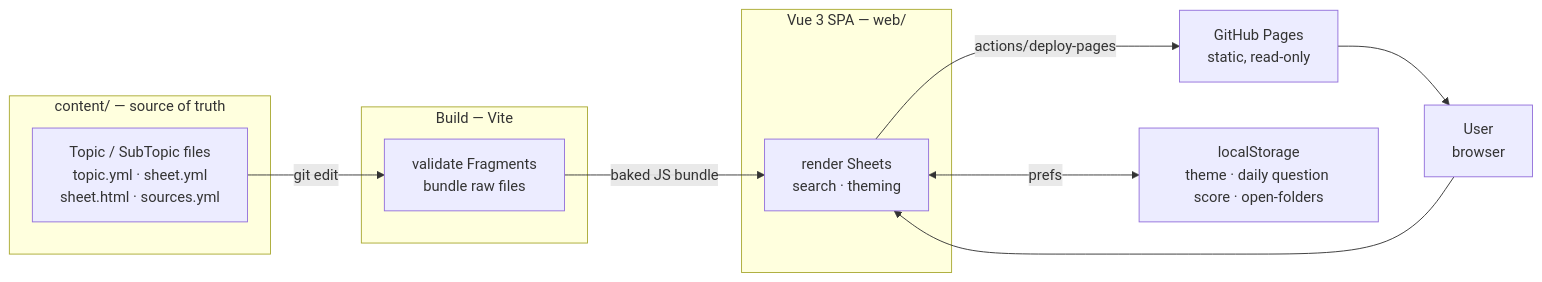
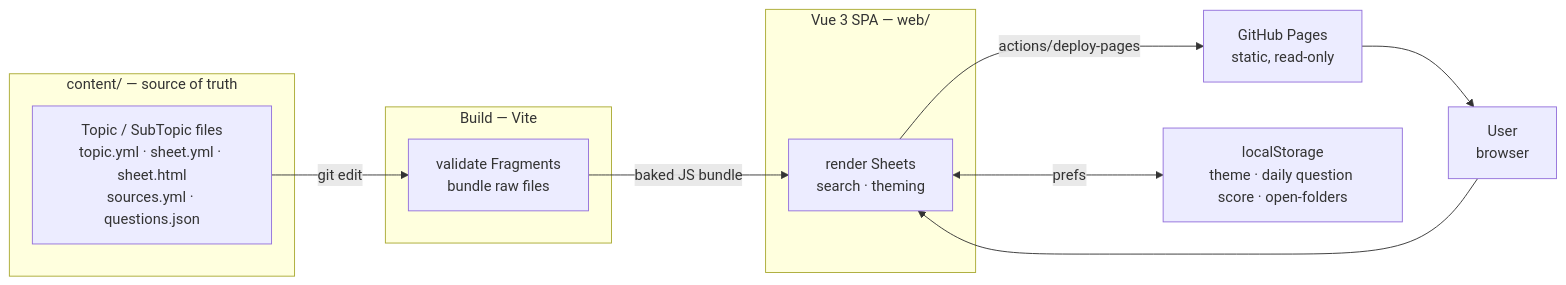
Before and after one commit to Povaz/cheatsheets: the first of 6 diagrams in docs/hldd/hldd.md, drawn with Mermaid. The commit also changed other lines of this file and 22 other files, not shown here.

First line of the commit message:
feat(questions): per-Sheet questions.json — central Bank retired

````diff
--- a/docs/hldd/hldd.md
+++ b/docs/hldd/hldd.md
@@ -36,22 +36,22 @@
 ```mermaid
 flowchart LR
     subgraph authoring["content/ — source of truth"]
-        C["Topic / SubTopic files<br/>topic.yml · sheet.yml<br/>sheet.html · sources.yml"]
+        C["Topic / SubTopic files<br/>topic.yml · sheet.yml · sheet.html<br/>sources.yml · questions.json"]
     end
     subgraph build["Build — Vite"]
         B["validate Fragments<br/>bundle raw files"]
     end
     subgraph app["Vue 3 SPA — web/"]
         A["render Sheets<br/>search · theming"]
     end
     H["GitHub Pages<br/>static, read-only"]
     U["User<br/>browser"]
     LS["localStorage<br/>theme · daily question score · open-folders"]
 
     C -->|git edit| B
     B -->|baked JS bundle| A
     A -->|actions/deploy-pages| H
     H --> U
     U --> A
     A <-->|prefs| LS
 ```
````
